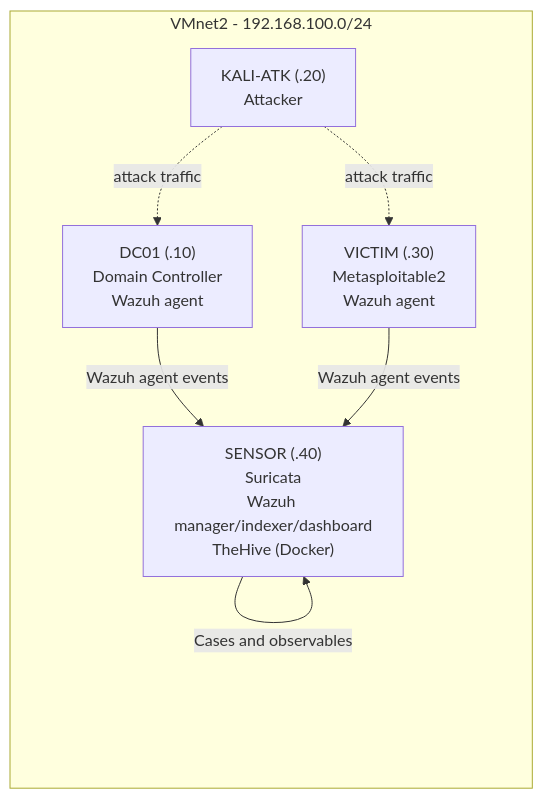
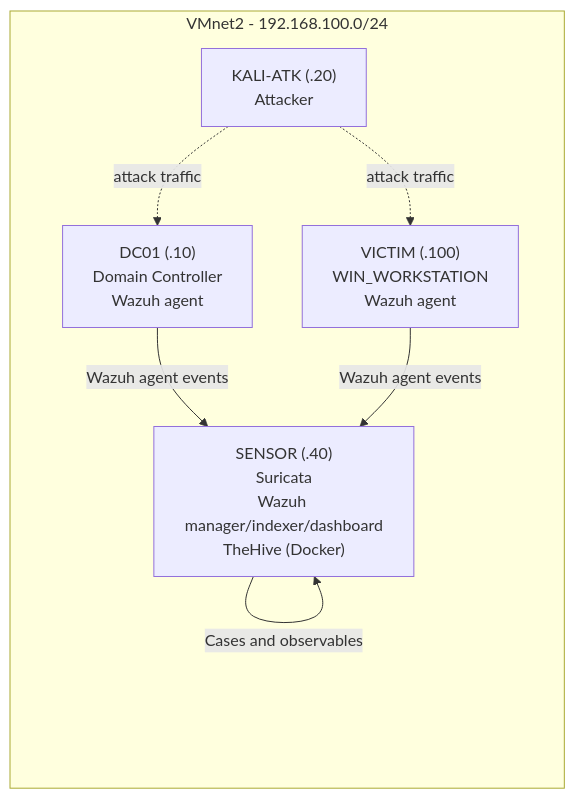
The diagram in block3-ir-forensics/README.md (LazurNiko/Sandbox_SecurityLab_1), drawn with Mermaid before and after one commit. The commit also changed other lines of this file, not shown here.

````diff
--- a/block3-ir-forensics/README.md
+++ b/block3-ir-forensics/README.md
@@ -10,28 +10,28 @@
 ```mermaid
 flowchart LR
 
     subgraph VMnet2["VMnet2 - 192.168.100.0/24"]
 
         DC01["DC01 (.10)<br/>Domain Controller<br/>Wazuh agent"]
 
-        VICTIM["VICTIM (.30)<br/>Metasploitable2<br/>Wazuh agent"]
+        VICTIM["VICTIM (.100)<br/>WIN_WORKSTATION<br/>Wazuh agent"]
 
         KALI["KALI-ATK (.20)<br/>Attacker"]
 
         SENSOR["SENSOR (.40)<br/>Suricata<br/>Wazuh manager/indexer/dashboard<br/>TheHive (Docker)"]
 
     end
 
     KALI -.attack traffic.-> DC01
 
     KALI -.attack traffic.-> VICTIM
 
     DC01 -->|Wazuh agent events| SENSOR
 
     VICTIM -->|Wazuh agent events| SENSOR
 
     SENSOR -->|Suricata network alerts| SENSOR
 
     SENSOR -->|Cases and observables| SENSOR
 
 ```
````
